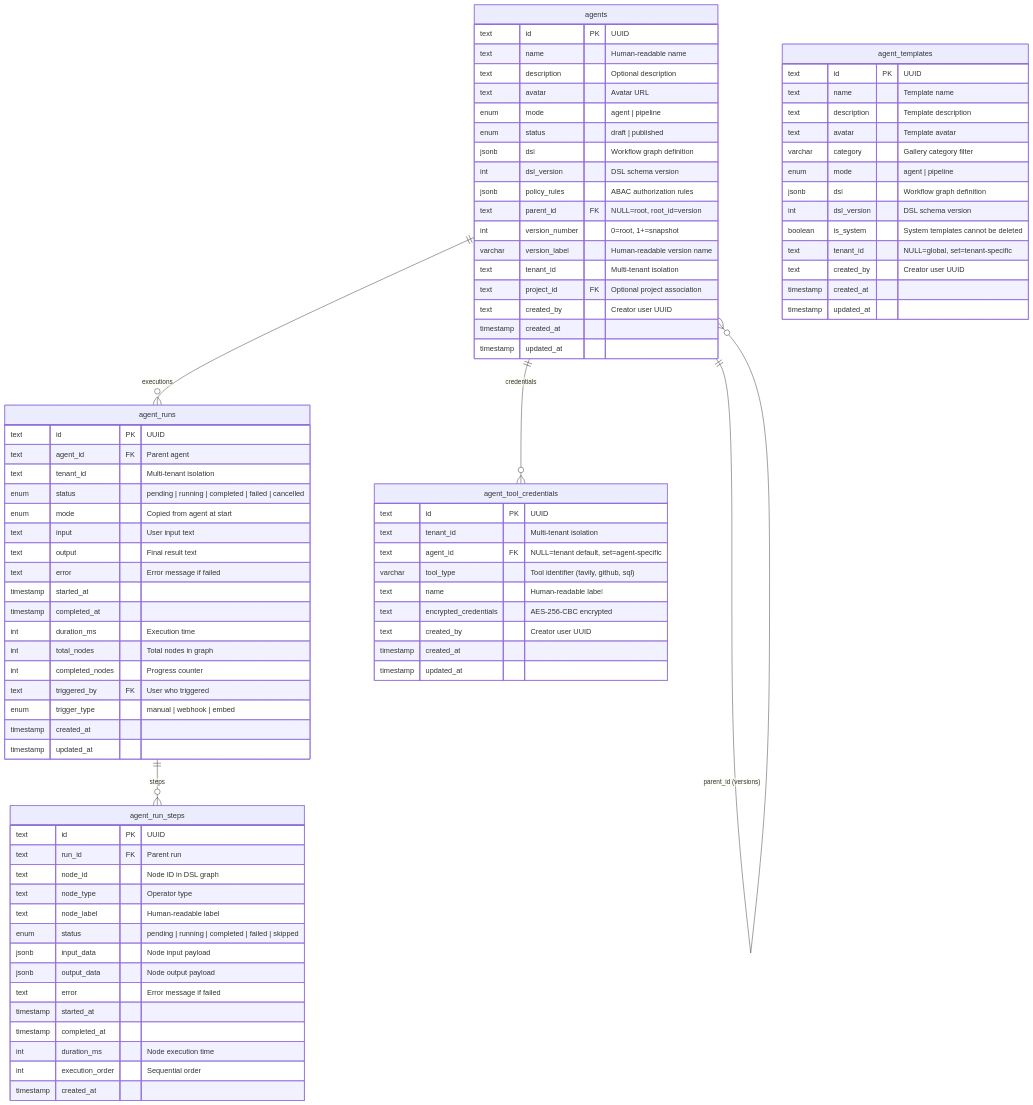
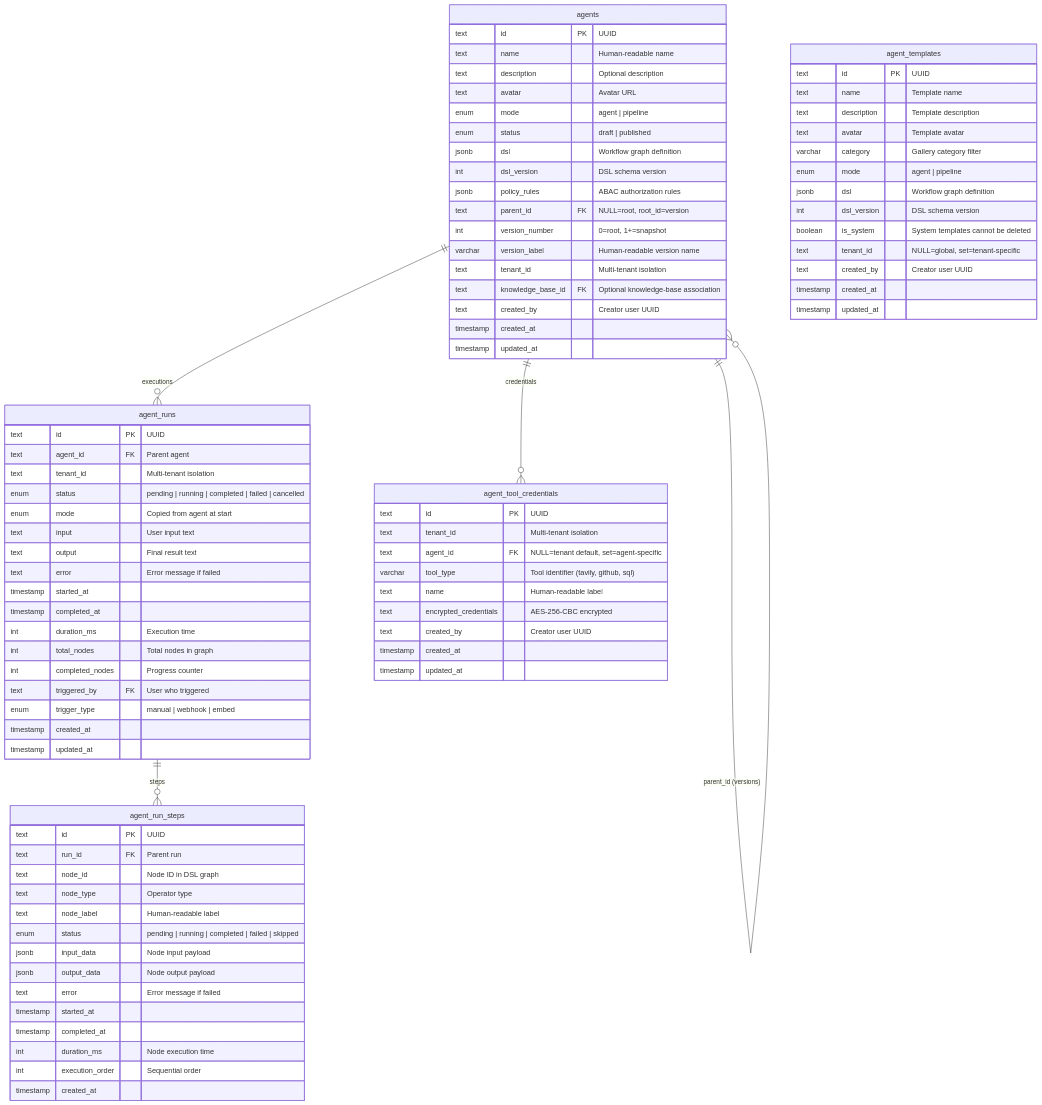
The first of 3 diagrams in docs/basic-design/database/database-design-agents-memory.md (b-knowledge-solution/b-knowledge), drawn with Mermaid before and after one commit. The commit also changed other lines of this file and 48 other files, not shown here.

```diff
--- a/docs/basic-design/database/database-design-agents-memory.md
+++ b/docs/basic-design/database/database-design-agents-memory.md
@@ -22,7 +22,7 @@
         int version_number "0=root, 1+=snapshot"
         varchar version_label "Human-readable version name"
         text tenant_id "Multi-tenant isolation"
-        text project_id FK "Optional project association"
+        text knowledge_base_id FK "Optional knowledge-base association"
         text created_by "Creator user UUID"
         timestamp created_at
         timestamp updated_at
```
